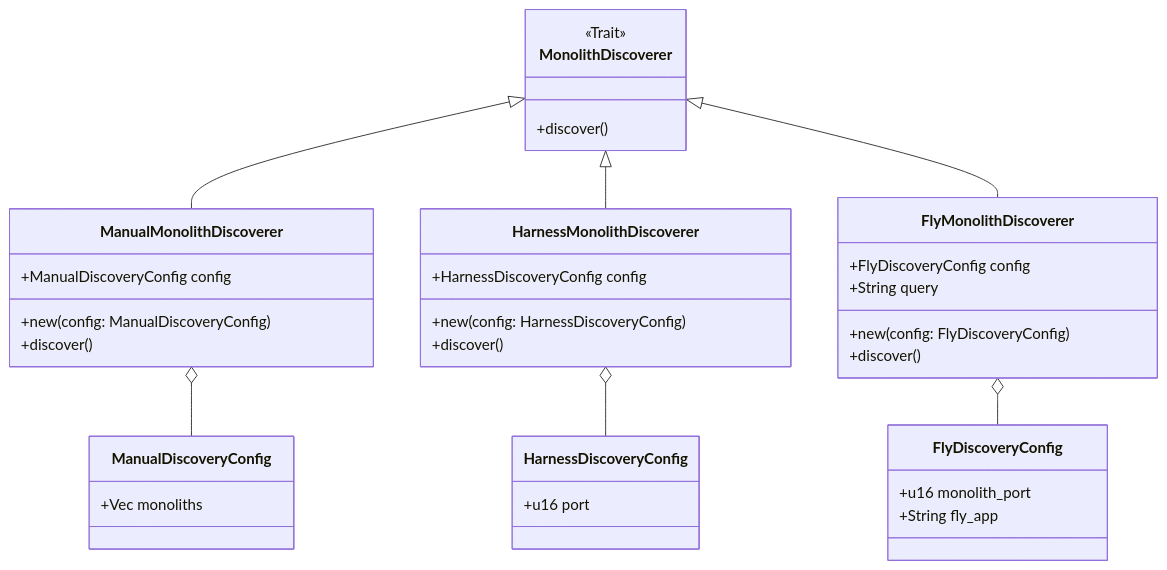
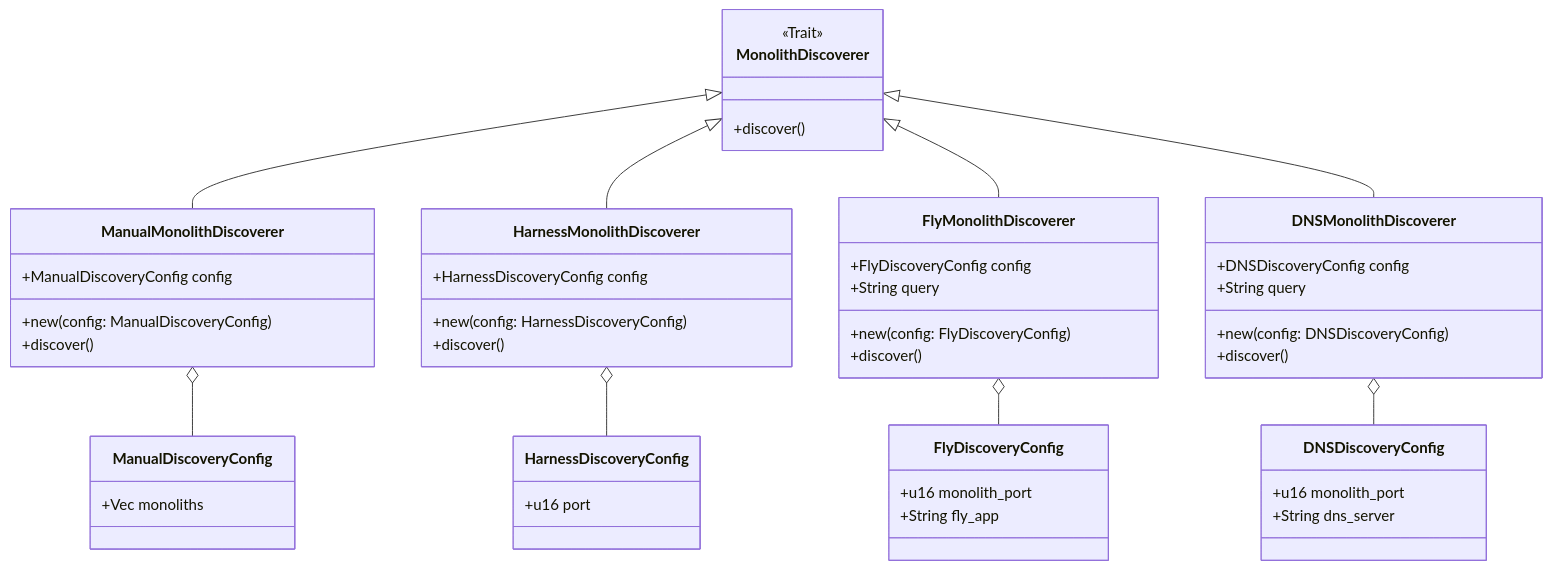
Before and after one commit to dyc3/senior-design: the diagram in figures/monolith-discoverers.mmd, drawn with Mermaid. The commit also changed 2 other files, not shown here.

Commit message:
added DNS server discovery to class diagram

```diff
--- a/figures/monolith-discoverers.mmd
+++ b/figures/monolith-discoverers.mmd
@@ -1,35 +1,46 @@
 classDiagram
     direction BT
     class MonolithDiscoverer {
         <<Trait>>
         +discover()
     }
     ManualMonolithDiscoverer --|> MonolithDiscoverer
     HarnessMonolithDiscoverer --|> MonolithDiscoverer
     FlyMonolithDiscoverer --|> MonolithDiscoverer
+    DNSMonolithDiscoverer --|> MonolithDiscoverer
+
+    DNSDiscoveryConfig --o DNSMonolithDiscoverer
+    DNSDiscoveryConfig : +u16 monolith_port
+    DNSDiscoveryConfig : +String dns_server
+    class DNSMonolithDiscoverer{
+        +DNSDiscoveryConfig config
+        +String query
+        +new(config: DNSDiscoveryConfig)
+        +discover()
+    }
 
     FlyDiscoveryConfig --o FlyMonolithDiscoverer
     FlyDiscoveryConfig : +u16 monolith_port
     FlyDiscoveryConfig : +String fly_app
     class FlyMonolithDiscoverer{
         +FlyDiscoveryConfig config
         +String query
         +new(config: FlyDiscoveryConfig)
         +discover()
     }
 
     ManualDiscoveryConfig --o ManualMonolithDiscoverer
     ManualDiscoveryConfig : +Vec monoliths
     class ManualMonolithDiscoverer{
         +ManualDiscoveryConfig config
         +new(config: ManualDiscoveryConfig)
         +discover()
     }
 
     HarnessDiscoveryConfig --o HarnessMonolithDiscoverer
     HarnessDiscoveryConfig : +u16 port
     class HarnessMonolithDiscoverer{
         +HarnessDiscoveryConfig config
         +new(config: HarnessDiscoveryConfig)
         +discover()
     }
```
